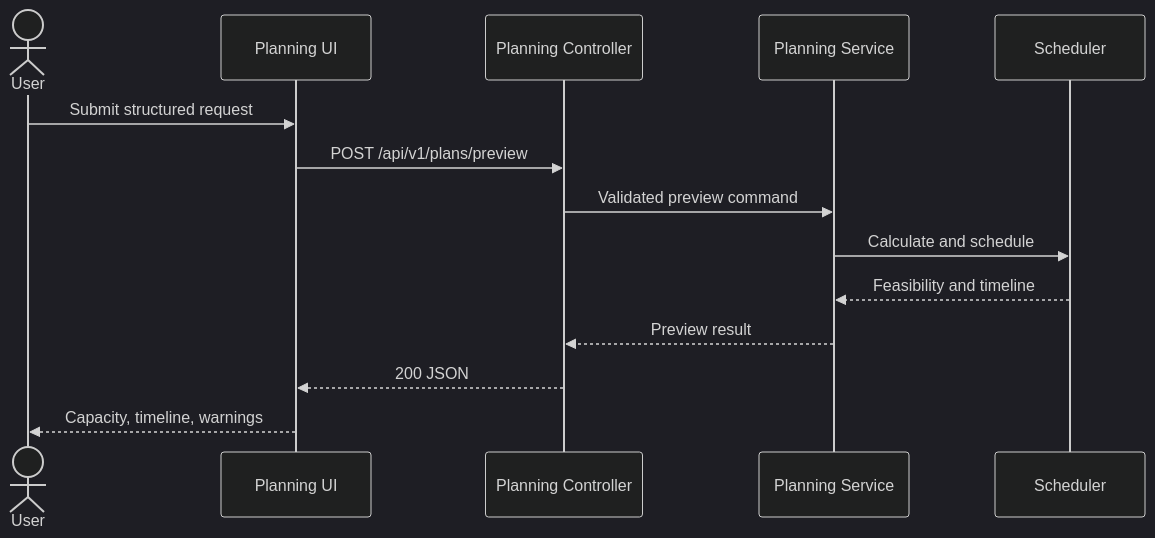
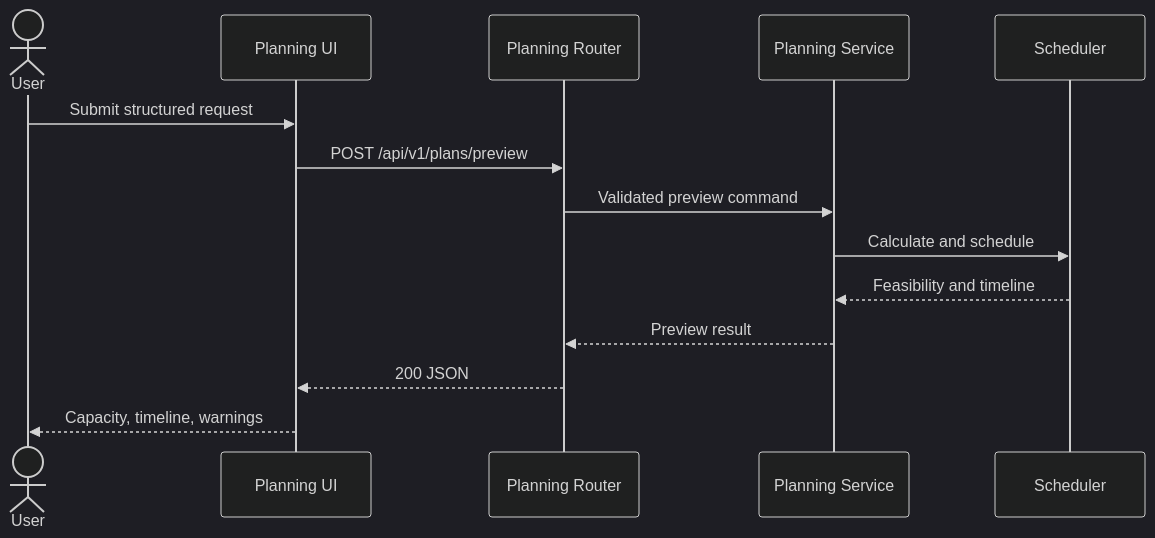
The fourth of 4 diagrams in docs/06-architecture/container-component.md (Plaminh/Blooming), drawn with Mermaid (dark theme) before and after one commit. The commit also changed other lines of this file and 47 other files, not shown here.

````diff
--- a/docs/06-architecture/container-component.md
+++ b/docs/06-architecture/container-component.md
@@ -66,16 +70,16 @@
 ```mermaid
 sequenceDiagram
     actor User
     participant UI as Planning UI
-    participant API as Planning Controller
+    participant API as Planning Router
     participant App as Planning Service
     participant Domain as Scheduler
     User->>UI: Submit structured request
     UI->>API: POST /api/v1/plans/preview
     API->>App: Validated preview command
     App->>Domain: Calculate and schedule
     Domain-->>App: Feasibility and timeline
     App-->>API: Preview result
     API-->>UI: 200 JSON
     UI-->>User: Capacity, timeline, warnings
 ```
````
